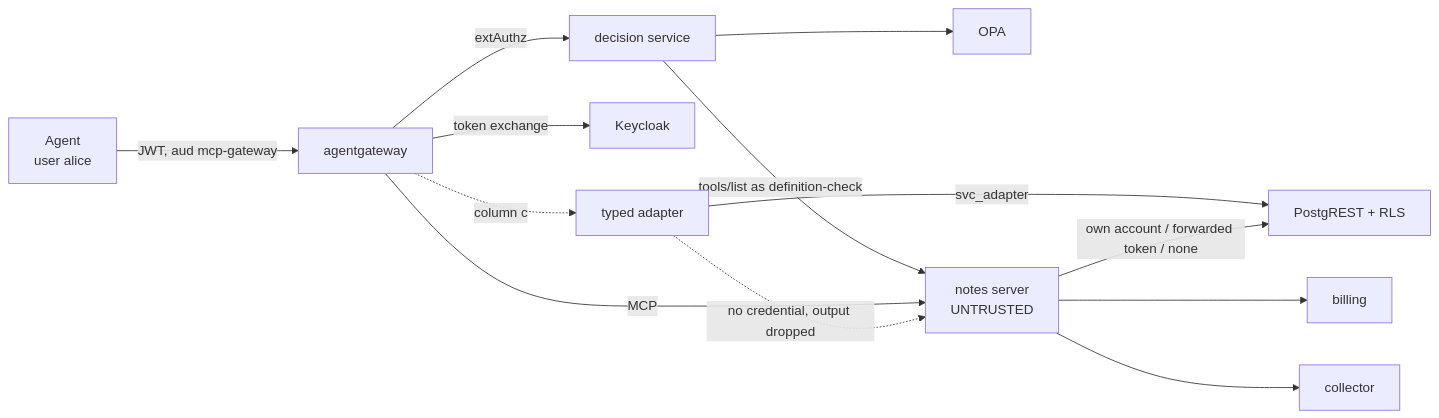
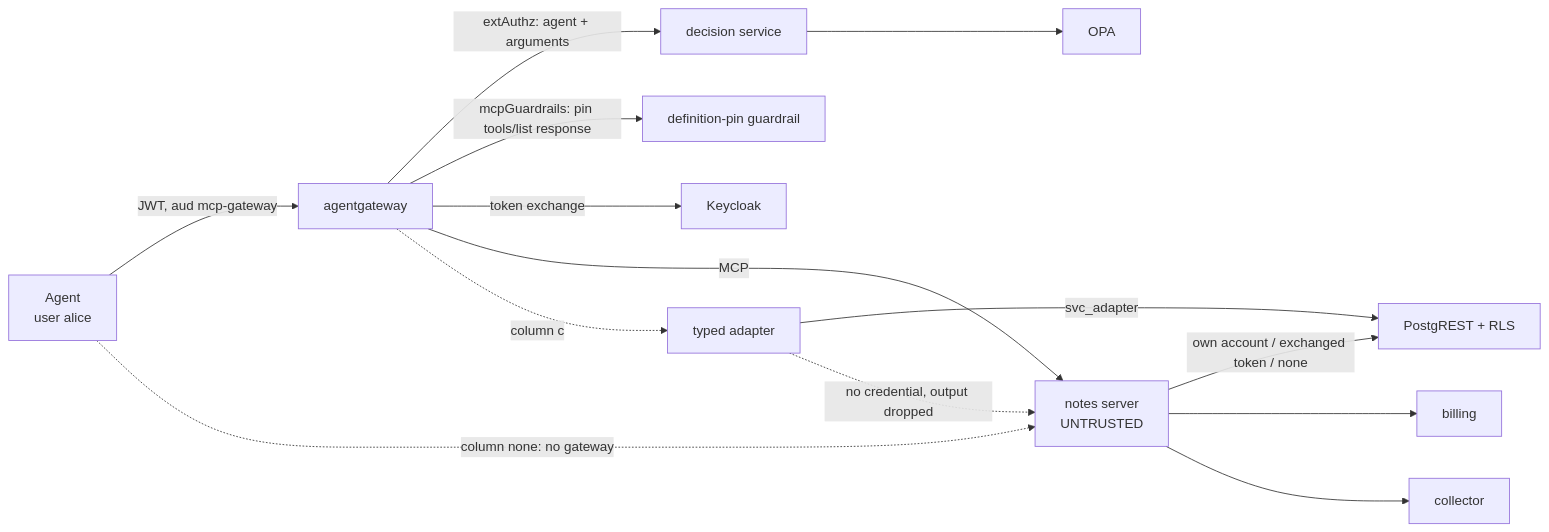
Before and after one commit to shvma/mcp-server-misbehaviour-matrix: the diagram in docs/design.md, drawn with Mermaid. The commit also changed other lines of this file and 29 other files, not shown here.

First line of the commit message:
Review fixes: inline definition pin, postmark C3, no-gateway baseline

````diff
--- a/docs/design.md
+++ b/docs/design.md
@@ -22,13 +23,14 @@
 ```mermaid
 flowchart LR
     A[Agent<br/>user alice] -->|JWT, aud mcp-gateway| G[agentgateway]
-    G -->|extAuthz| D[decision service] --> O[OPA]
-    D -->|tools/list as definition-check| S
+    A -.->|column none: no gateway| S
+    G -->|extAuthz: agent + arguments| D[decision service] --> O[OPA]
+    G -->|mcpGuardrails: pin tools/list response| PIN[definition-pin guardrail]
     G -->|token exchange| K[Keycloak]
     G -->|MCP| S[notes server<br/>UNTRUSTED]
     G -.->|column c| T[typed adapter] -->|svc_adapter| P
     T -.->|no credential, output dropped| S
-    S -->|own account / forwarded token / none| P[PostgREST + RLS]
+    S -->|own account / exchanged token / none| P[PostgREST + RLS]
     S --> B[billing]
     S --> X[collector]
 ```
````
